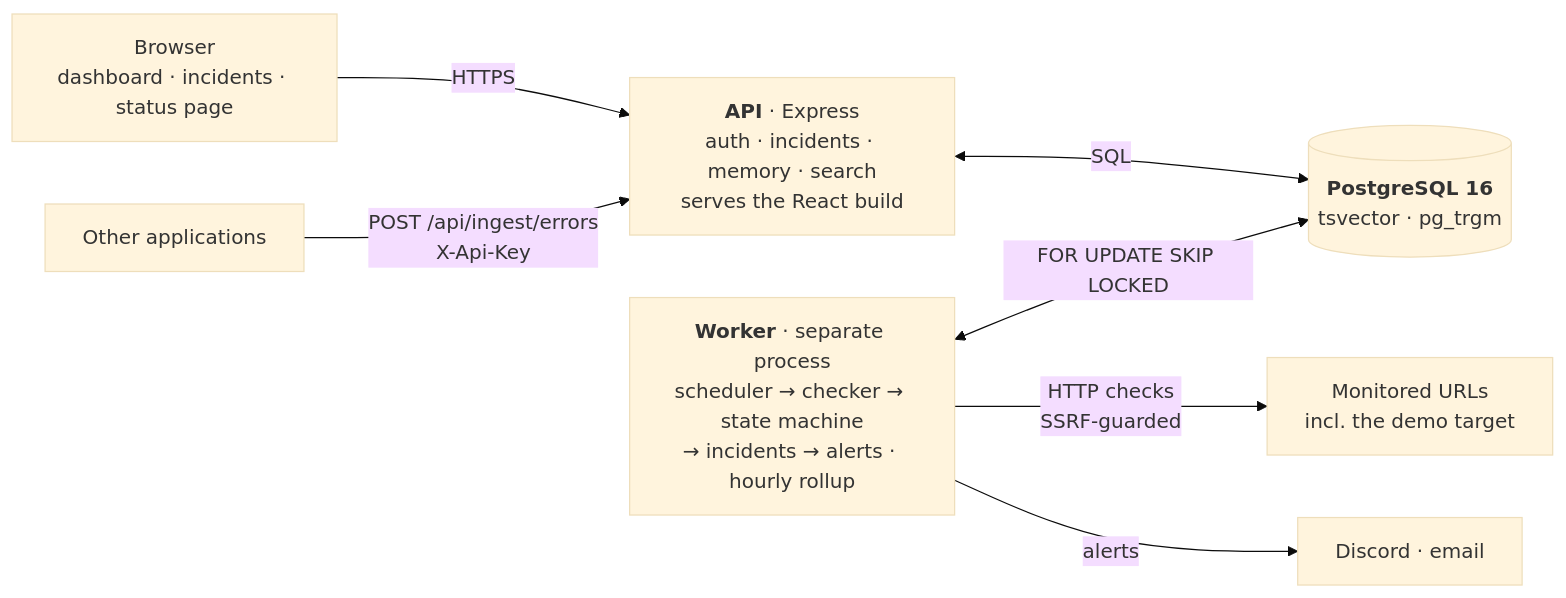
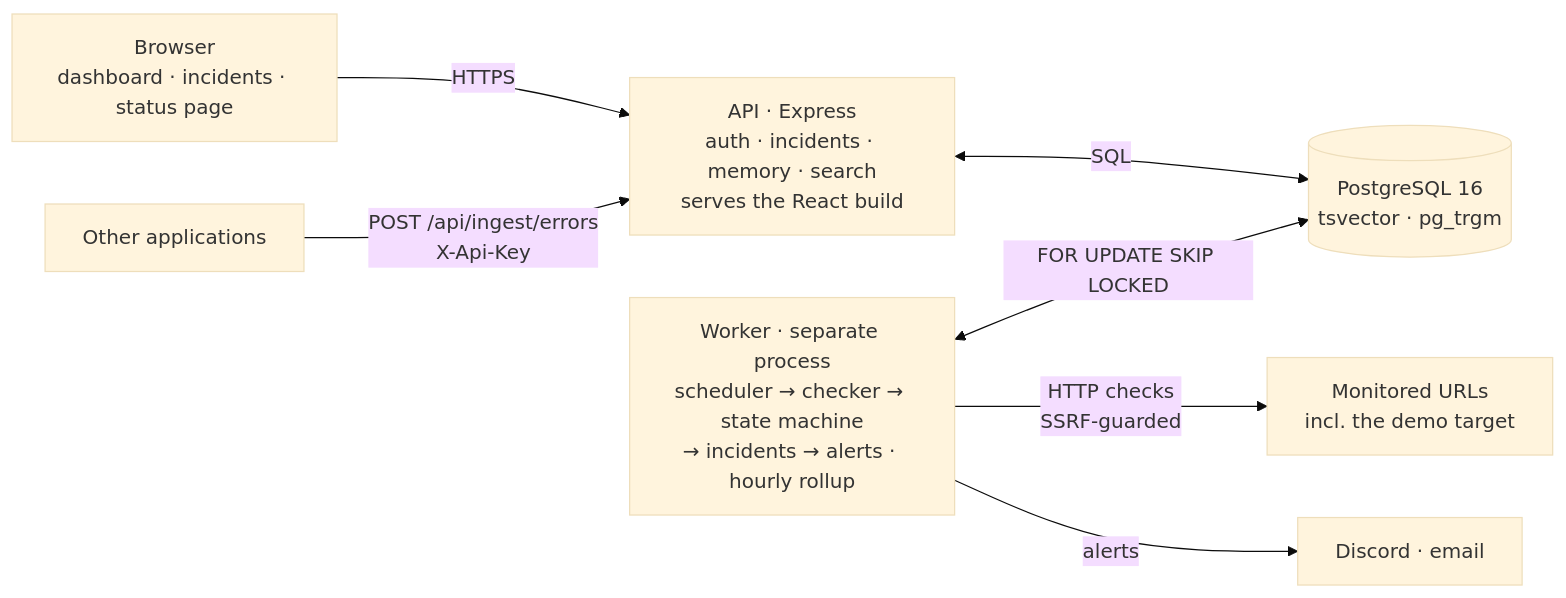
The diagram in README.md (saurabh-krishnan/pulsewatch), drawn with Mermaid (base theme) before and after one commit.

Commit message:
docs: drop <b> tags from the architecture diagram
GitHub renders Mermaid in strict mode, where <br/> works but <b> may be printed literally inside the node labels.

````diff
--- a/README.md
+++ b/README.md
@@ -43,14 +43,14 @@
 ```mermaid
 flowchart LR
     browser["Browser<br/>dashboard · incidents · status page"] -->|HTTPS| api
     apps["Other applications"] -->|"POST /api/ingest/errors<br/>X-Api-Key"| api
 
-    api["<b>API</b> · Express<br/>auth · incidents · memory · search<br/>serves the React build"]
-    worker["<b>Worker</b> · separate process<br/>scheduler → checker → state machine<br/>→ incidents → alerts · hourly rollup"]
-    db[("<b>PostgreSQL 16</b><br/>tsvector · pg_trgm")]
+    api["API · Express<br/>auth · incidents · memory · search<br/>serves the React build"]
+    worker["Worker · separate process<br/>scheduler → checker → state machine<br/>→ incidents → alerts · hourly rollup"]
+    db[("PostgreSQL 16<br/>tsvector · pg_trgm")]
 
     api <-->|SQL| db
     worker <-->|"FOR UPDATE SKIP LOCKED"| db
     worker -->|"HTTP checks<br/>SSRF-guarded"| targets["Monitored URLs<br/>incl. the demo target"]
     worker -->|alerts| notify["Discord · email"]
 ```
````
